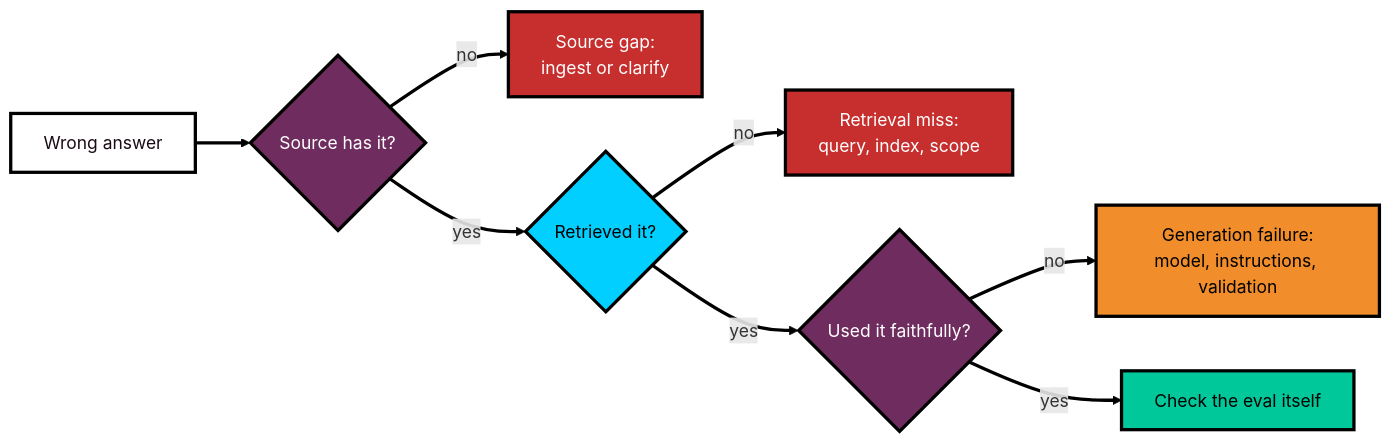
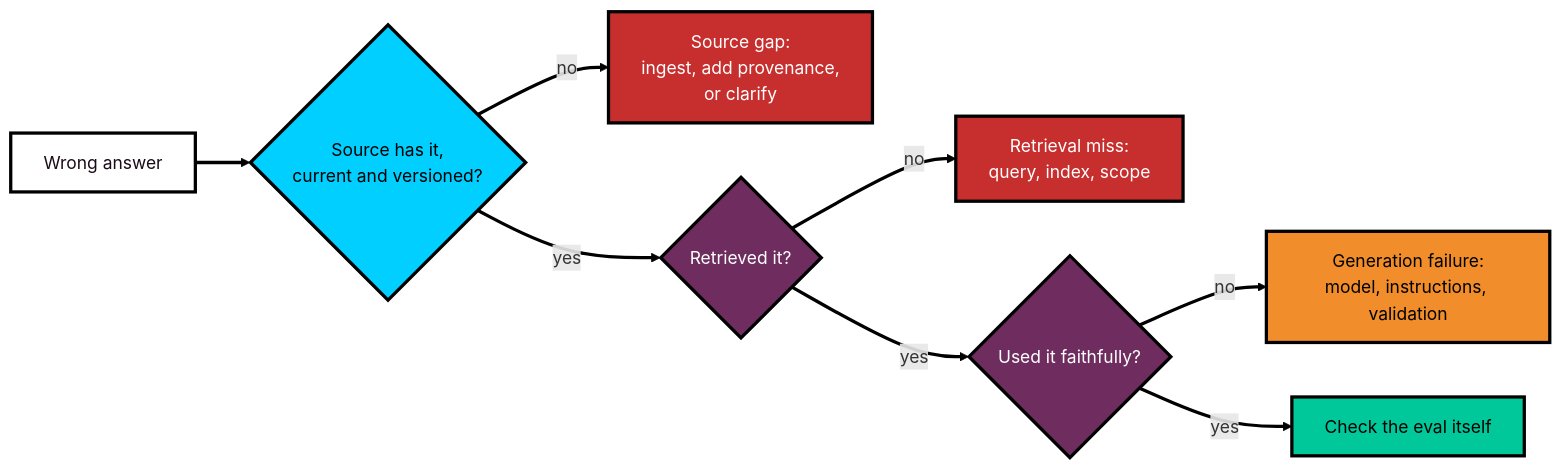
The diagram in book/substack/ch01.01-missing-information/diagram-1.mmd (Soypete/ctx-eng-book), drawn with Mermaid before and after one commit. The commit also changed 20 other files, not shown here.

```diff
--- a/book/substack/ch01.01-missing-information/diagram-1.mmd
+++ b/book/substack/ch01.01-missing-information/diagram-1.mmd
@@ -1,18 +1,18 @@
 flowchart LR
-    Q[Wrong answer] --> S{Source has it?}
-    S -->|no| SF[Source gap:<br/>ingest or clarify]
+    Q[Wrong answer] --> S{Source has it,<br/>current and versioned?}
+    S -->|no| SF[Source gap:<br/>ingest, add provenance,<br/>or clarify]
     S -->|yes| R{Retrieved it?}
     R -->|no| RF[Retrieval miss:<br/>query, index, scope]
     R -->|yes| G{Used it faithfully?}
     G -->|no| GF[Generation failure:<br/>model, instructions, validation]
     G -->|yes| OK[Check the eval itself]
 %% SoyPeteTech diagram roles — paste at the end of every diagram, then `class NodeId role;`
 classDef system  fill:#6f2d5f,stroke:#000,stroke-width:3px,color:#fff;
 classDef source  fill:#26abe7,stroke:#000,stroke-width:3px,color:#000;
 classDef model   fill:#f18d2b,stroke:#000,stroke-width:3px,color:#000;
 classDef ok      fill:#00c89a,stroke:#000,stroke-width:3px,color:#000;
 classDef neutral fill:#ffffff,stroke:#000,stroke-width:3px,color:#1b0b17;
 classDef denied  fill:#c72e2e,stroke:#000,stroke-width:3px,color:#fff;
 classDef focus   fill:#00cfff,stroke:#000,stroke-width:3px,color:#000;
 linkStyle default stroke:#000,stroke-width:3px;
-class Q neutral; class S,R,G system; class SF,RF denied; class GF model; class OK ok; class R focus;
+class Q neutral; class S focus; class R,G system; class SF,RF denied; class GF model; class OK ok;
```
